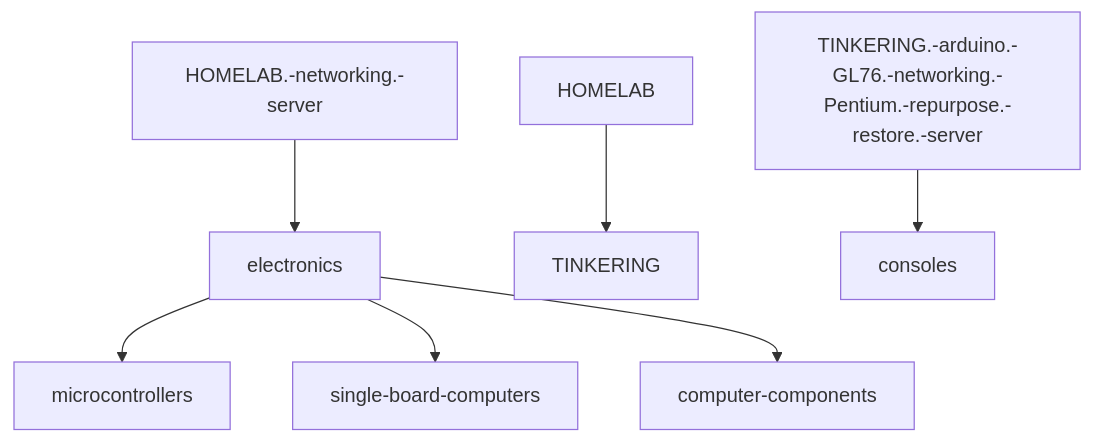
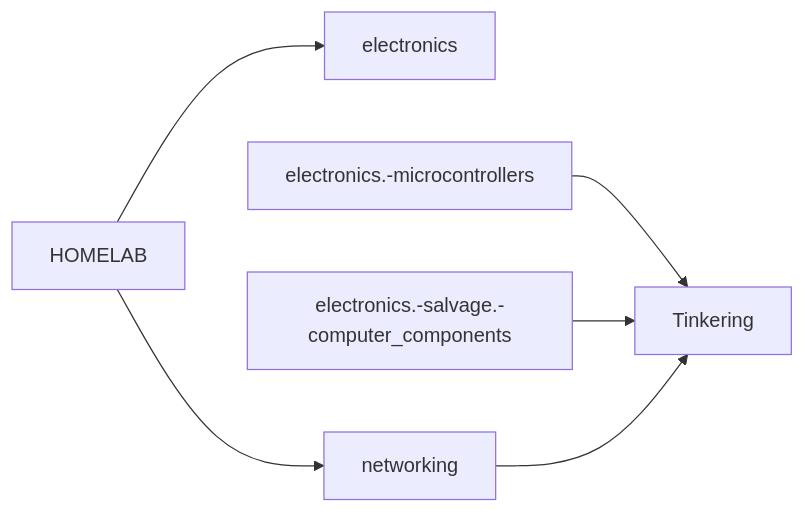
Before and after one commit to pabloqpacin/SLIT: the first of 3 diagrams in test/rows.md, drawn with Mermaid. The commit also changed other lines of this file, not shown here.

````diff
--- a/test/rows.md
+++ b/test/rows.md
@@ -50,9 +50,9 @@
 ```mermaid
-graph TD;
-    HOMELAB.-networking.-server-->electronics;
-    HOMELAB-->TINKERING;
-    electronics-->microcontrollers;
-    electronics-->single-board-computers;
-    electronics-->computer-components;
-    TINKERING.-arduino.-GL76.-networking.-Pentium.-repurpose.-restore.-server-->consoles;
+
+graph LR;
+
+    HOMELAB --> electronics
+    electronics.-microcontrollers-->Tinkering
+    electronics.-salvage.-computer_components-->Tinkering
+    HOMELAB --> networking --> Tinkering
 ```
````
